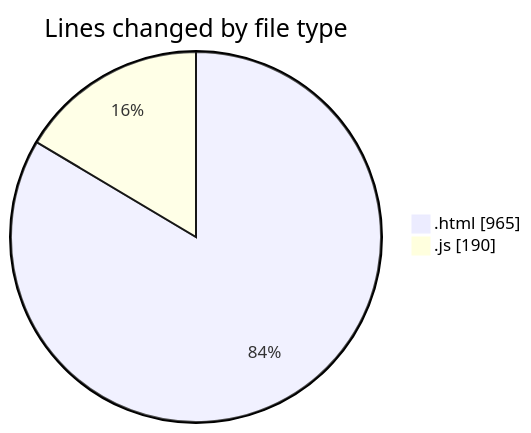
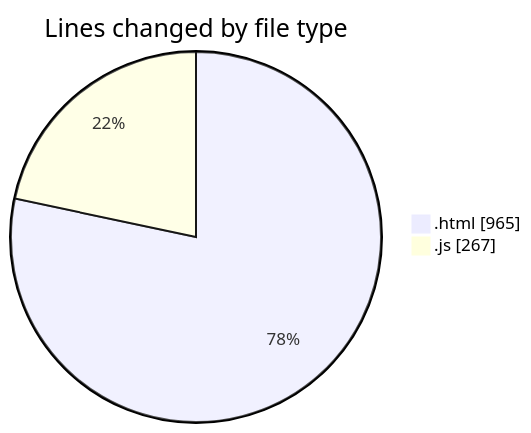
One commit to IJAZ3593/code-tracking changed the first of 2 diagrams in 2025-09-13/new_folder/README.md. Above: the diagram before and after it, drawn with Mermaid. The commit also changed other lines of this file and 1 other file, not shown here.

````diff
--- a/2025-09-13/new_folder/README.md
+++ b/2025-09-13/new_folder/README.md
@@ -26,6 +26,6 @@
 ```mermaid
 pie showData
 title Lines changed by file type
 ".html" : 965
-".js" : 190
+".js" : 267
 ```
````
